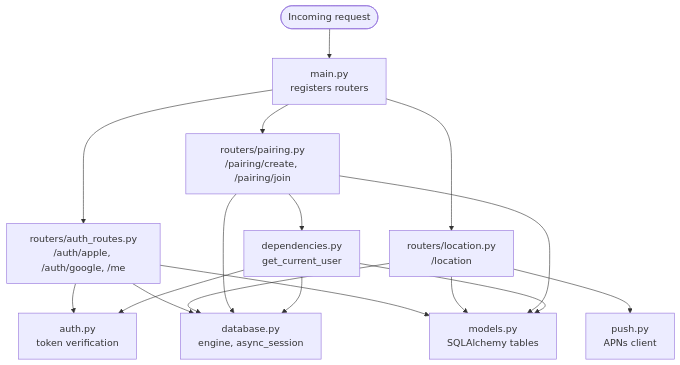
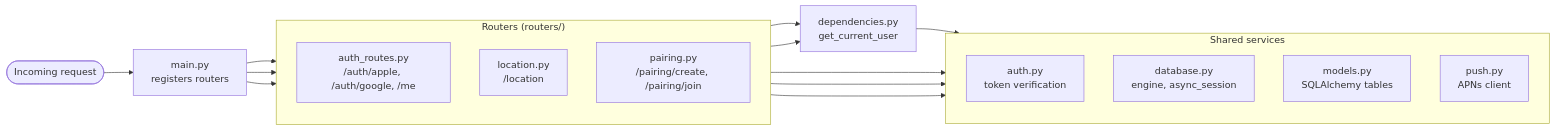
Before and after one commit to Sangha0822/Hongyeon: the second of 2 diagrams in README.md, drawn with Mermaid.

Commit message:
Simplify backend structure diagram - group into clusters, reduce edge clutter

````diff
--- a/README.md
+++ b/README.md
@@ -78,34 +78,31 @@
 ```mermaid
-flowchart TB
-    Client(["Incoming request"])
-    Main["main.py<br/>registers routers"]
-    Auth["routers/auth_routes.py<br/>/auth/apple, /auth/google, /me"]
-    Loc["routers/location.py<br/>/location"]
-    Pair["routers/pairing.py<br/>/pairing/create, /pairing/join"]
-    Dep["dependencies.py<br/>get_current_user"]
-    AuthLib["auth.py<br/>token verification"]
-    DB["database.py<br/>engine, async_session"]
-    Models["models.py<br/>SQLAlchemy tables"]
-    Push["push.py<br/>APNs client"]
+flowchart LR
+    Client(["Incoming request"]) --> Main["main.py<br/>registers routers"]
 
-    Client --> Main
+    subgraph Routers["Routers (routers/)"]
+        direction TB
+        Auth["auth_routes.py<br/>/auth/apple, /auth/google, /me"]
+        Loc["location.py<br/>/location"]
+        Pair["pairing.py<br/>/pairing/create, /pairing/join"]
+    end
+
     Main --> Auth
     Main --> Loc
     Main --> Pair
 
-    Auth --> AuthLib
-    Auth --> DB
-    Auth --> Models
+    Auth --> Dep["dependencies.py<br/>get_current_user"]
+    Pair --> Dep
 
-    Loc --> DB
-    Loc --> Push
-    Loc --> Models
+    subgraph Shared["Shared services"]
+        direction TB
+        AuthLib["auth.py<br/>token verification"]
+        DB["database.py<br/>engine, async_session"]
+        Models["models.py<br/>SQLAlchemy tables"]
+        Push["push.py<br/>APNs client"]
+    end
 
-    Pair --> Dep
-    Pair --> DB
-    Pair --> Models
-
-    Dep --> AuthLib
-    Dep --> DB
-    Dep --> Models
+    Auth --> Shared
+    Loc --> Shared
+    Pair --> Shared
+    Dep --> Shared
 ```
````
